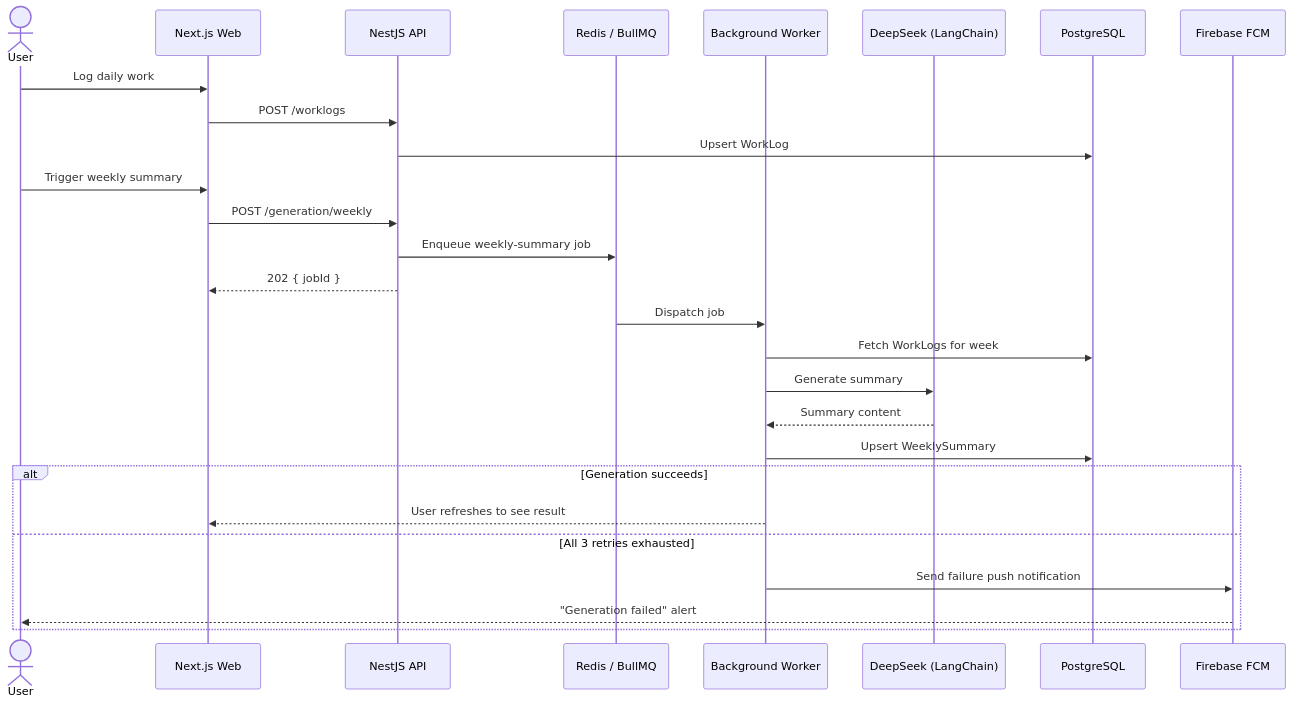
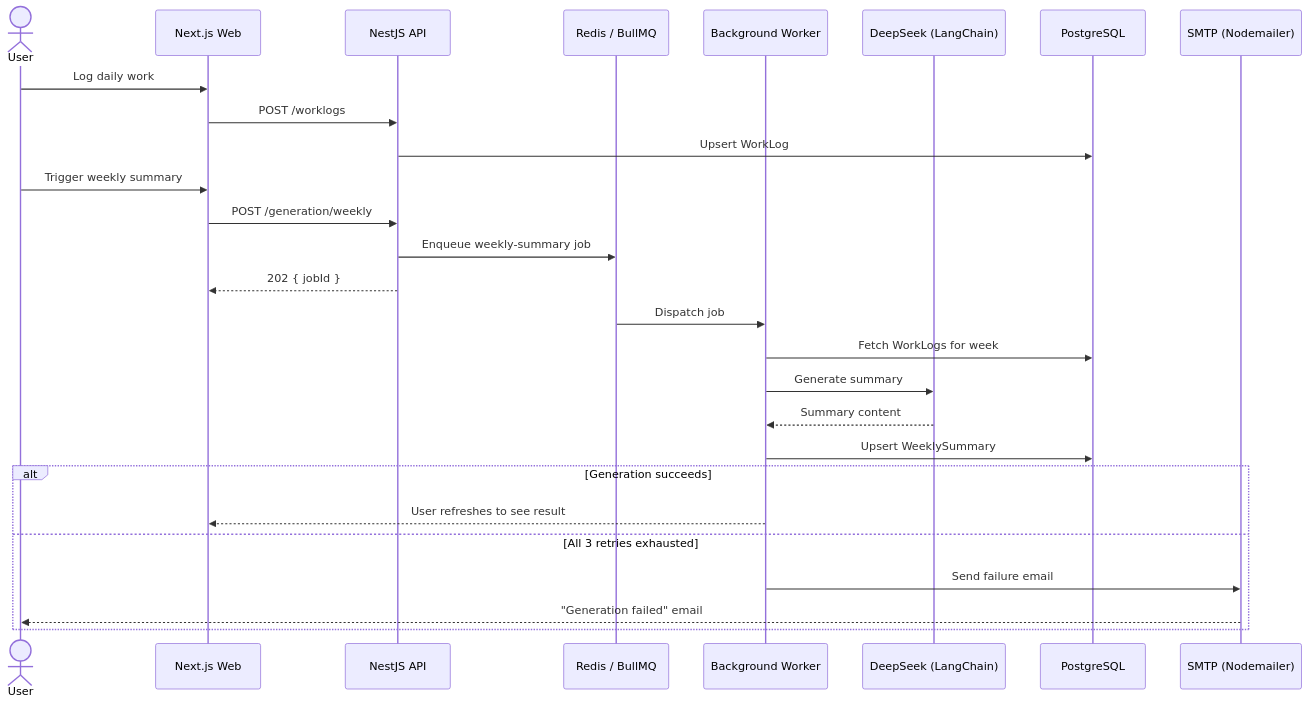
Before and after one commit to byrthokobi/ai-brag-doc: the third of 3 diagrams in README.md, drawn with Mermaid. The commit also changed other lines of this file, not shown here.

````diff
--- a/README.md
+++ b/README.md
@@ -145,33 +145,33 @@
 ```mermaid
 sequenceDiagram
     actor User
     participant Web as Next.js Web
     participant API as NestJS API
     participant Queue as Redis / BullMQ
     participant Worker as Background Worker
     participant AI as DeepSeek (LangChain)
     participant DB as PostgreSQL
-    participant FCM as Firebase FCM
+    participant SMTP as SMTP (Nodemailer)
 
     User->>Web: Log daily work
     Web->>API: POST /worklogs
     API->>DB: Upsert WorkLog
 
     User->>Web: Trigger weekly summary
     Web->>API: POST /generation/weekly
     API->>Queue: Enqueue weekly-summary job
     API-->>Web: 202 { jobId }
 
     Queue->>Worker: Dispatch job
     Worker->>DB: Fetch WorkLogs for week
     Worker->>AI: Generate summary
     AI-->>Worker: Summary content
     Worker->>DB: Upsert WeeklySummary
 
     alt Generation succeeds
         Worker-->>Web: User refreshes to see result
     else All 3 retries exhausted
-        Worker->>FCM: Send failure push notification
-        FCM-->>User: "Generation failed" alert
+        Worker->>SMTP: Send failure email
+        SMTP-->>User: "Generation failed" email
     end
 ```
````
